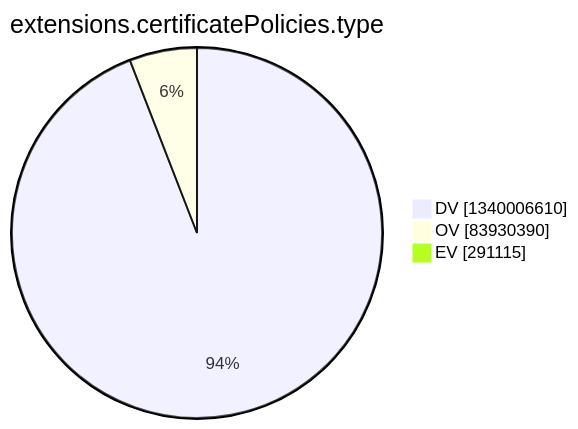
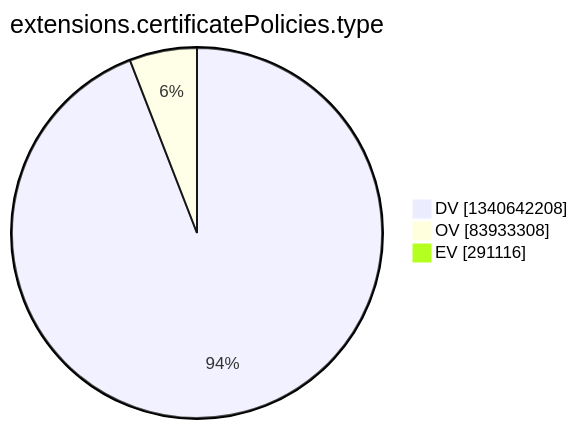
The tenth of 15 diagrams in argon2022/README.md (christiankrug/ctmonitor_visualization), drawn with Mermaid before and after one commit. The commit also changed other lines of this file, not shown here.

````diff
--- a/argon2022/README.md
+++ b/argon2022/README.md
@@ -2773,7 +2773,7 @@
 ```mermaid
 pie showData
 title extensions.certificatePolicies.type
-"DV" :1340006610
-"OV" :83930390
-"EV" :291115
+"DV" :1340642208
+"OV" :83933308
+"EV" :291116
 ```
````
